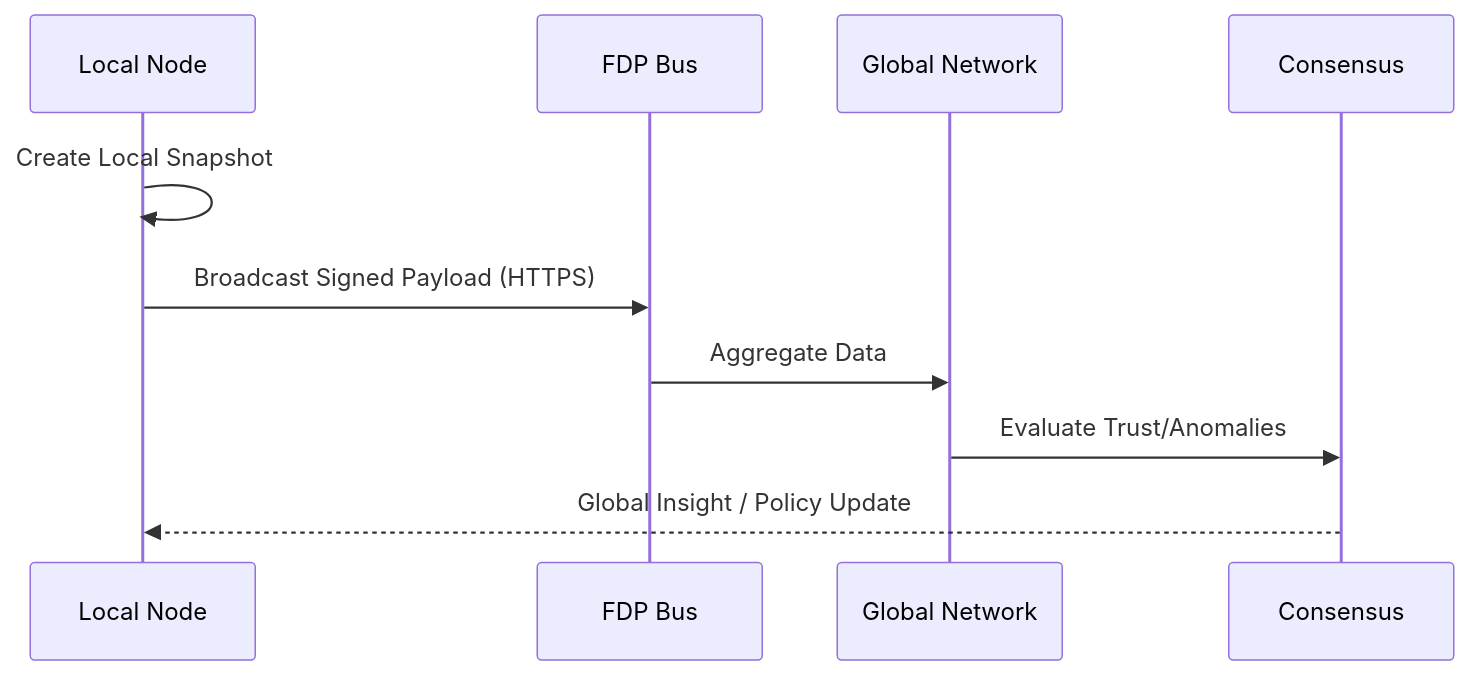
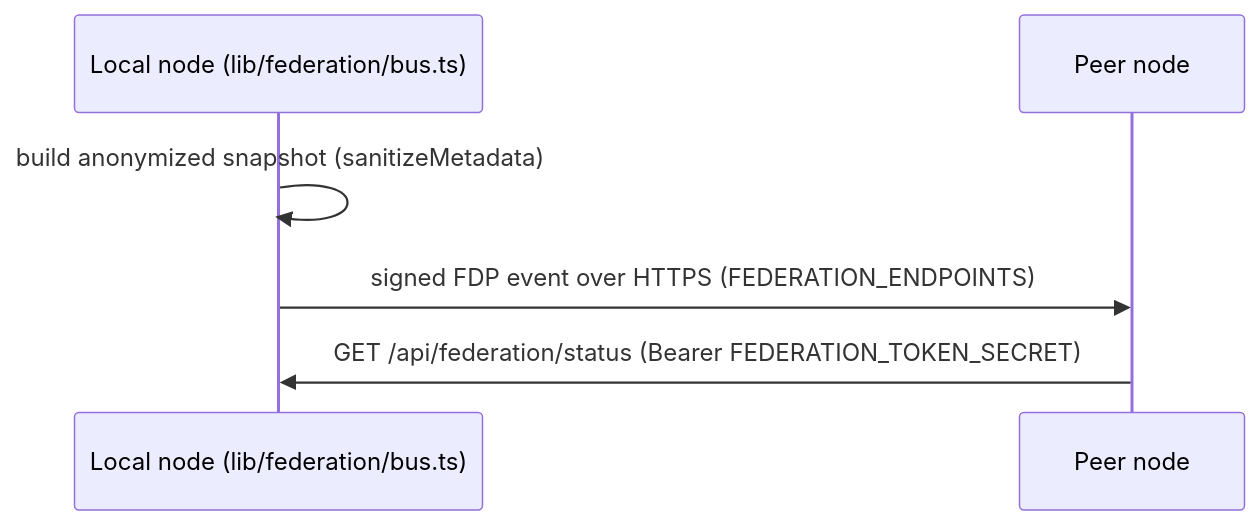
Before and after one commit to noah-isme/invosmart: the fifth of 5 diagrams in docs/ARCHITECTURE.md, drawn with Mermaid. The commit also changed other lines of this file and 24 other files, not shown here.

````diff
--- a/docs/ARCHITECTURE.md
+++ b/docs/ARCHITECTURE.md
@@ -102,13 +189,8 @@
 ```mermaid
 sequenceDiagram
-    participant Local Node
-    participant FDP Bus
-    participant Global Network
-    participant Consensus
-    
-    Local Node->>Local Node: Create Local Snapshot
-    Local Node->>FDP Bus: Broadcast Signed Payload (HTTPS)
-    FDP Bus->>Global Network: Aggregate Data
-    Global Network->>Consensus: Evaluate Trust/Anomalies
-    Consensus-->>Local Node: Global Insight / Policy Update
+    participant Local as Local node (lib/federation/bus.ts)
+    participant Peer as Peer node
+    Local->>Local: build anonymized snapshot (sanitizeMetadata)
+    Local->>Peer: signed FDP event over HTTPS (FEDERATION_ENDPOINTS)
+    Peer->>Local: GET /api/federation/status (Bearer FEDERATION_TOKEN_SECRET)
 ```
````
